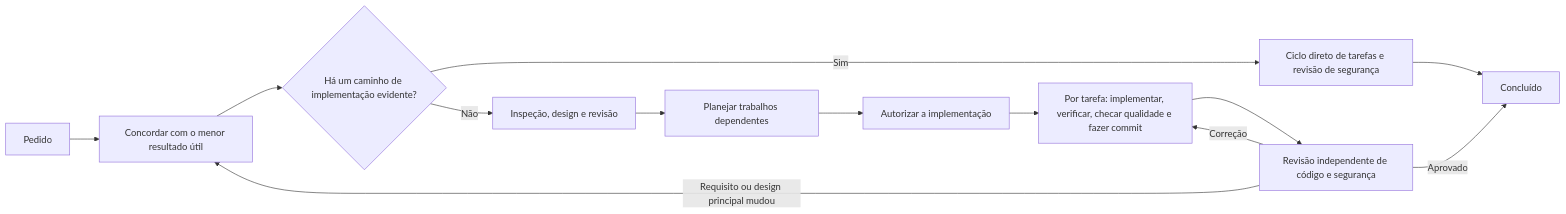
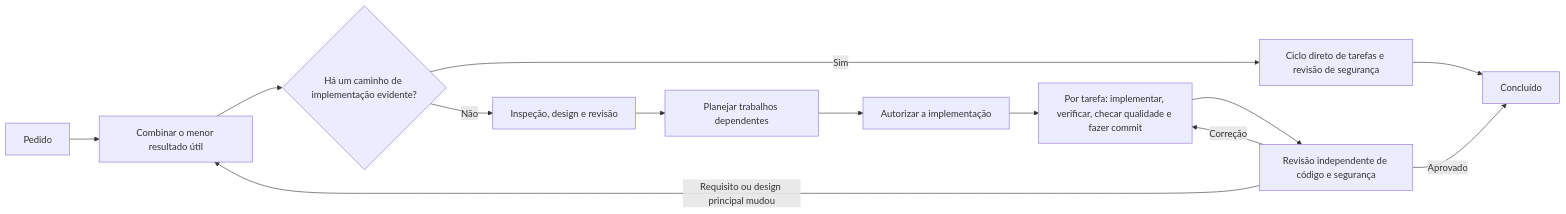
The diagram in README.pt-BR.md (shinpr/codex-workflows), drawn with Mermaid before and after one commit. The commit also changed other lines of this file and 13 other files, not shown here.

````diff
--- a/README.pt-BR.md
+++ b/README.pt-BR.md
@@ -82,15 +82,15 @@
 ```mermaid
 flowchart LR
-    A[Pedido] --> B[Concordar com o menor resultado útil]
+    A[Pedido] --> B[Combinar o menor resultado útil]
     B --> C{Há um caminho de implementação evidente?}
     C -->|Sim| S[Ciclo direto de tarefas e revisão de segurança]
     S --> L[Concluído]
     C -->|Não| D[Inspeção, design e revisão]
     D --> E[Planejar trabalhos dependentes]
     E --> F[Autorizar a implementação]
     F --> H[Por tarefa: implementar, verificar, checar qualidade e fazer commit]
     H --> K[Revisão independente de código e segurança]
     K -->|Correção| H
     K -->|Requisito ou design principal mudou| B
     K -->|Aprovado| L[Concluído]
 ```
````
